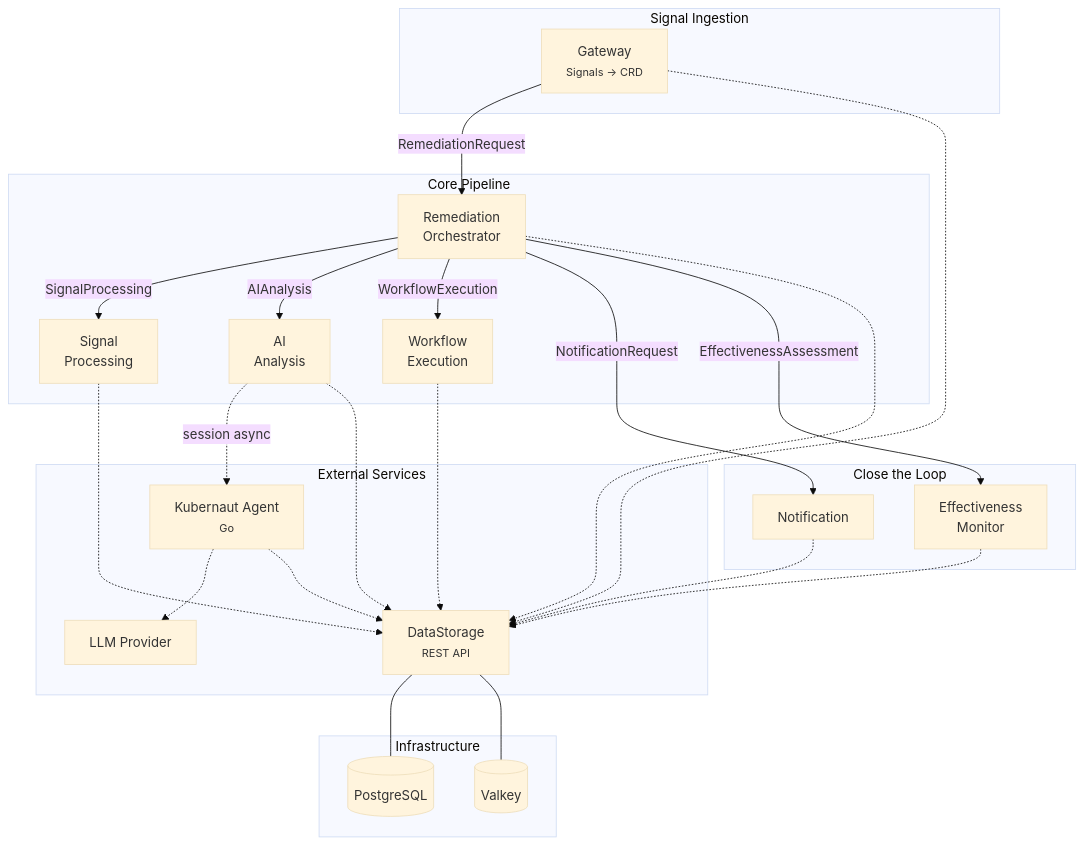
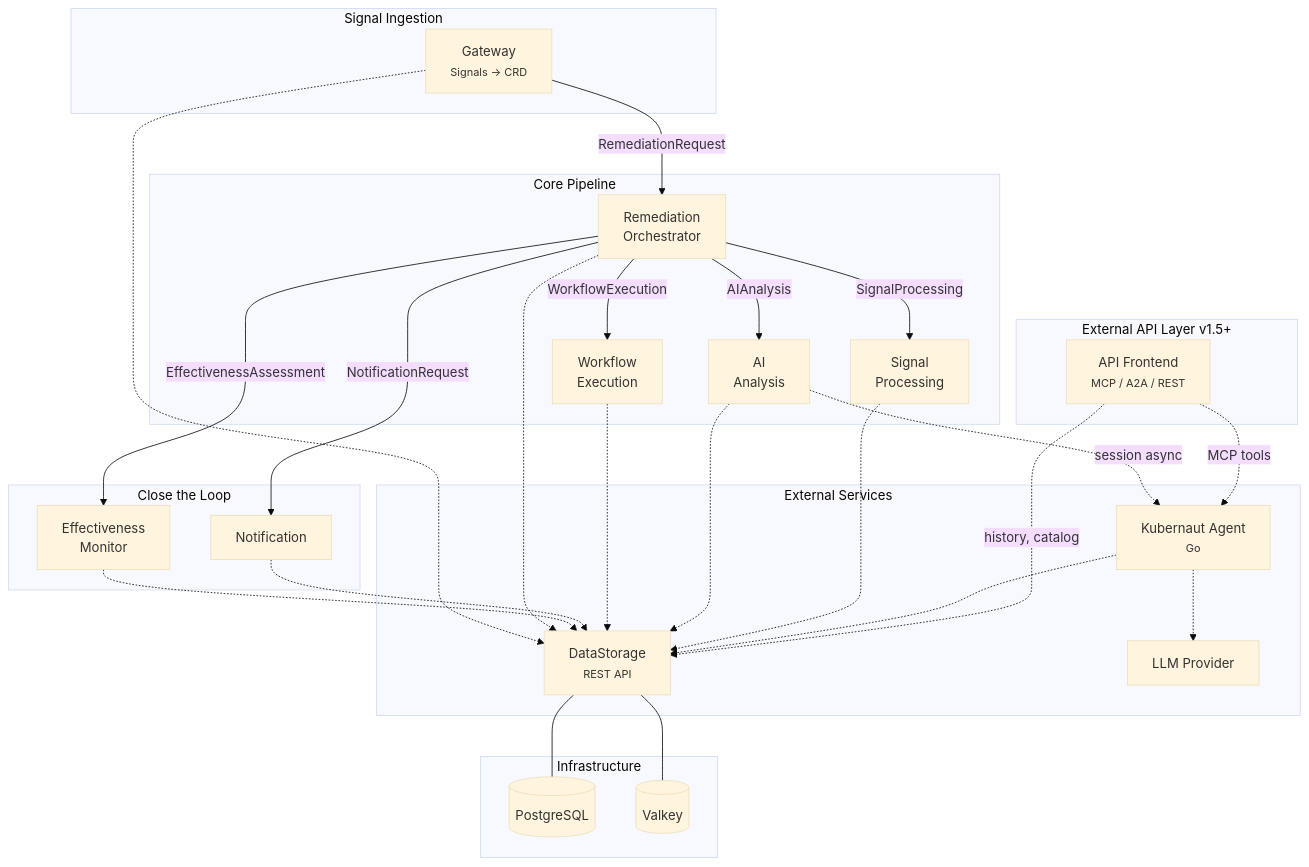
Before and after one commit to jordigilh/kubernaut-docs: the diagram in docs/architecture/overview.md, drawn with Mermaid (base theme). The commit also changed other lines of this file and 3 other files, not shown here.

First line of the commit message:
docs: add API Frontend architecture page with agentic diagram

````diff
--- a/docs/architecture/overview.md
+++ b/docs/architecture/overview.md
@@ -73,51 +74,58 @@
 ```mermaid
 graph TB
     subgraph Ingress["Signal Ingestion"]
         GW[Gateway<br/><small>Signals → CRD</small>]
+    end
+
+    subgraph External_API["External API Layer v1.5+"]
+        AF[API Frontend<br/><small>MCP / A2A / REST</small>]
     end
 
     subgraph Core["Core Pipeline"]
         RO[Remediation<br/>Orchestrator]
         SP[Signal<br/>Processing]
         AA[AI<br/>Analysis]
         WE[Workflow<br/>Execution]
     end
 
     subgraph Closing["Close the Loop"]
         NF[Notification]
         EM[Effectiveness<br/>Monitor]
     end
 
     subgraph External["External Services"]
         KA[Kubernaut Agent<br/><small>Go</small>]
         DS[DataStorage<br/><small>REST API</small>]
         LLM[LLM Provider]
     end
 
     subgraph Infra["Infrastructure"]
         PG[(PostgreSQL)]
         RD[(Valkey)]
     end
 
+    AF -.->|MCP tools| KA
+    AF -.->|history, catalog| DS
+
     GW -->|RemediationRequest| RO
     RO -->|SignalProcessing| SP
     RO -->|AIAnalysis| AA
     RO -->|WorkflowExecution| WE
     RO -->|NotificationRequest| NF
     RO -->|EffectivenessAssessment| EM
 
     AA -.->|session async| KA
     KA -.-> LLM
     KA -.-> DS
 
     SP -.-> DS
     AA -.-> DS
     WE -.-> DS
     NF -.-> DS
     EM -.-> DS
     RO -.-> DS
     GW -.-> DS
 
     DS --- PG
     DS --- RD
 ```
````
